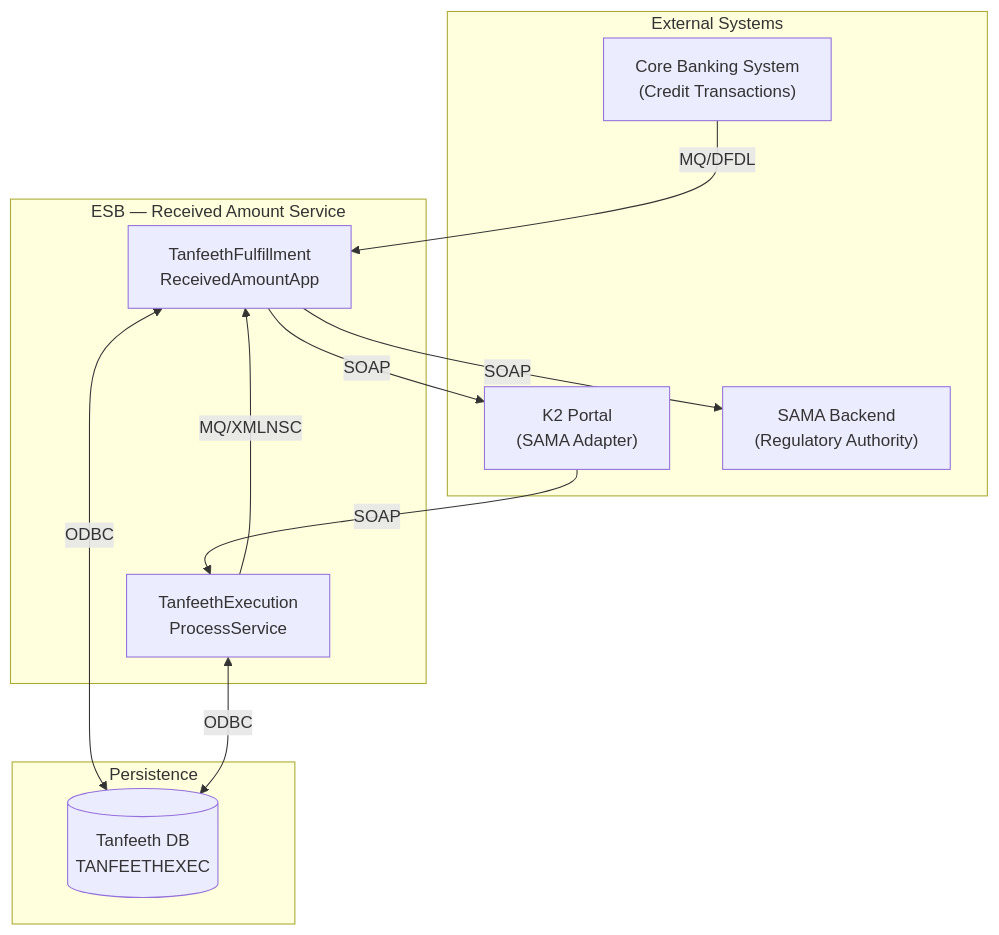
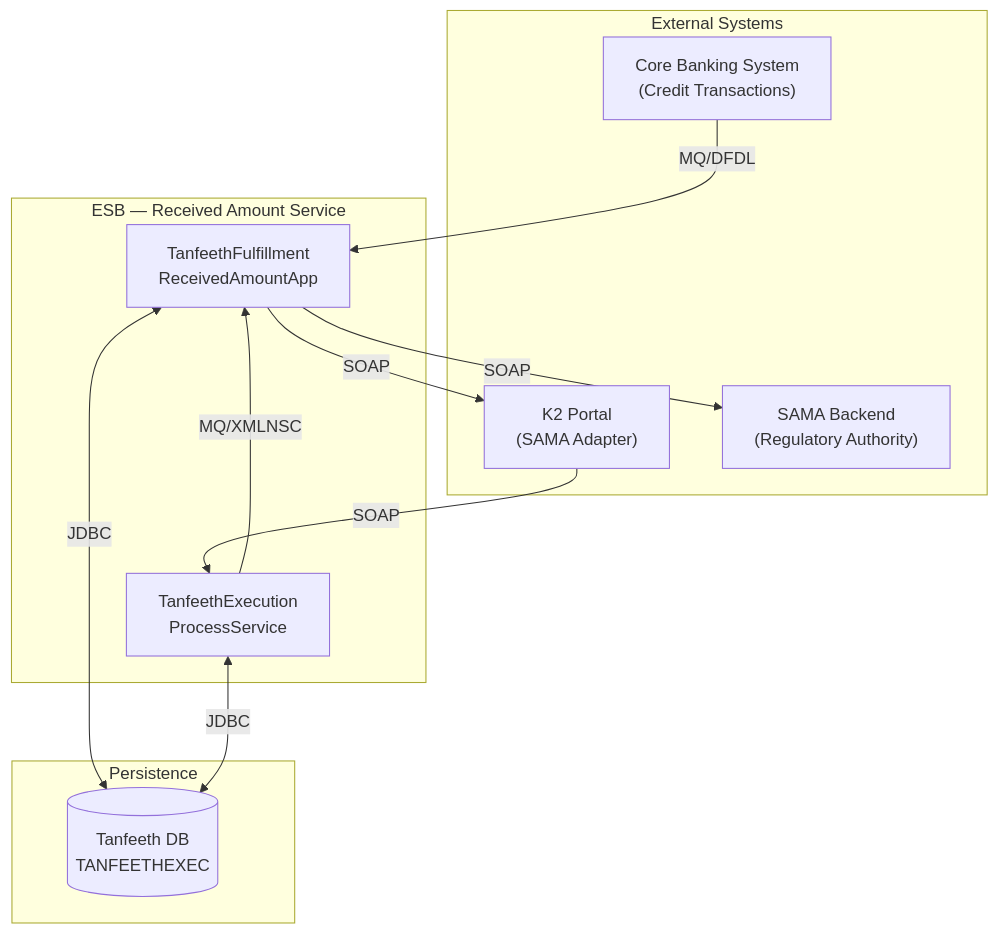
One commit to MahmoudKRashed/transactionIqn changed the first of 10 diagrams in Fullfilment/high_level_design.md. Above: the diagram before and after it, drawn with Mermaid. The commit also changed other lines of this file, not shown here.

````diff
--- a/Fullfilment/high_level_design.md
+++ b/Fullfilment/high_level_design.md
@@ -31,24 +31,24 @@
 ```mermaid
 graph TB
     subgraph External Systems
         CBS["Core Banking System<br/>(Credit Transactions)"]
         K2["K2 Portal<br/>(SAMA Adapter)"]
         SAMA["SAMA Backend<br/>(Regulatory Authority)"]
     end
 
     subgraph "ESB — Received Amount Service"
         App1["TanfeethFulfillment<br/>ReceivedAmountApp"]
         ExecSvc["TanfeethExecution<br/>ProcessService"]
     end
 
     subgraph Persistence
         DB[("Tanfeeth DB<br/>TANFEETHEXEC")]
     end
 
     CBS -->|MQ/DFDL| App1
     App1 -->|SOAP| K2
     K2 -->|SOAP| ExecSvc
     ExecSvc -->|MQ/XMLNSC| App1
     App1 -->|SOAP| SAMA
-    App1 & ExecSvc <-->|ODBC| DB
+    App1 & ExecSvc <-->|JDBC| DB
 ```
````
